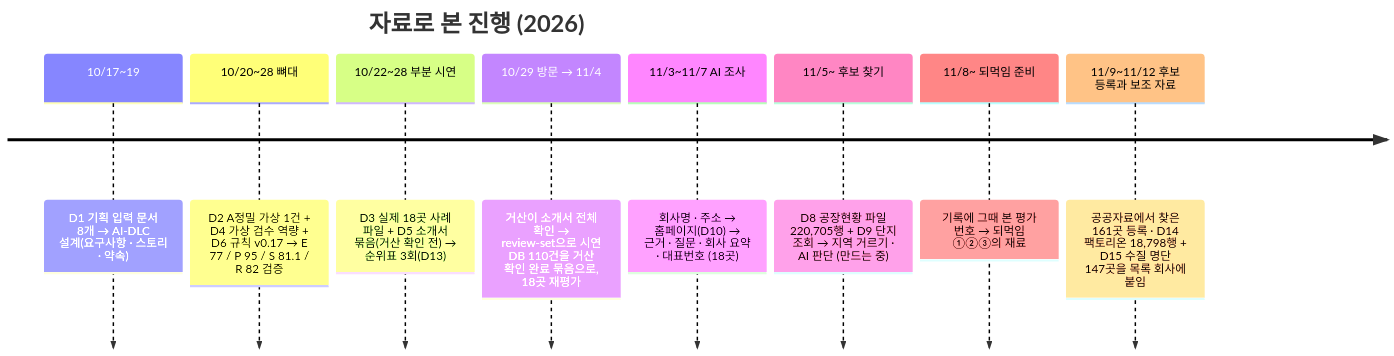
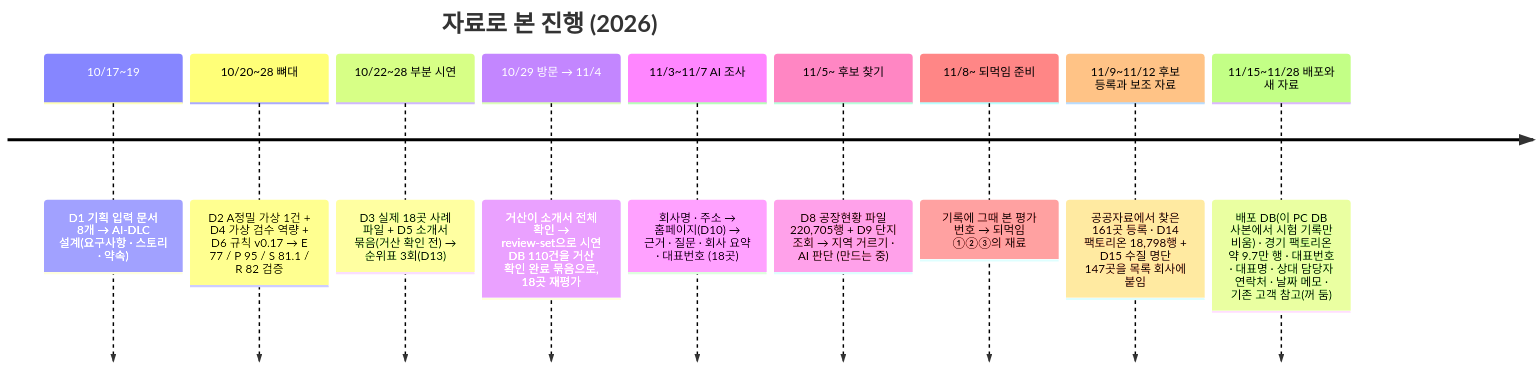
The second of 2 diagrams in docs/map/data-map.md (agent-ddalgi-team/final-geosan), drawn with Mermaid before and after one commit. The commit also changed other lines of this file and 4 other files, not shown here.

````diff
--- a/docs/map/data-map.md
+++ b/docs/map/data-map.md
@@ -127,12 +131,13 @@
 ```mermaid
 timeline
     title 자료로 본 진행 (2026)
     10/17~19 : D1 기획 입력 문서 8개 → AI-DLC 설계(요구사항 · 스토리 · 약속)
     10/20~28 뼈대 : D2 A정밀 가상 1건 + D4 가상 검수 역량 + D6 규칙 v0.17 → E 77 / P 95 / S 81.1 / R 82 검증
     10/22~28 부분 시연 : D3 실제 18곳 사례 파일 + D5 소개서 묶음(거산 확인 전) → 순위표 3회(D13)
     10/29 방문 → 11/4 : 거산이 소개서 전체 확인 → review-set으로 시연 DB 110건을 거산 확인 완료 묶음으로, 18곳 재평가
     11/3~11/7 AI 조사 : 회사명 · 주소 → 홈페이지(D10) → 근거 · 질문 · 회사 요약 · 대표번호 (18곳)
     11/5~ 후보 찾기 : D8 공장현황 파일 220,705행 + D9 단지 조회 → 지역 거르기 · AI 판단 (만드는 중)
     11/8~ 되먹임 준비 : 기록에 그때 본 평가 번호 → 되먹임 ①②③의 재료
     11/9~11/12 후보 등록과 보조 자료 : 공공자료에서 찾은 161곳 등록 · D14 팩토리온 18,798행 + D15 수질 명단 147곳을 목록 회사에 붙임
+    11/15~11/28 배포와 새 자료 : 배포 DB(이 PC DB 사본에서 시험 기록만 비움) · 경기 팩토리온 약 9.7만 행 · 대표번호 · 대표명 · 상대 담당자 연락처 · 날짜 메모 · 기존 고객 참고(꺼 둠)
 ```
````
